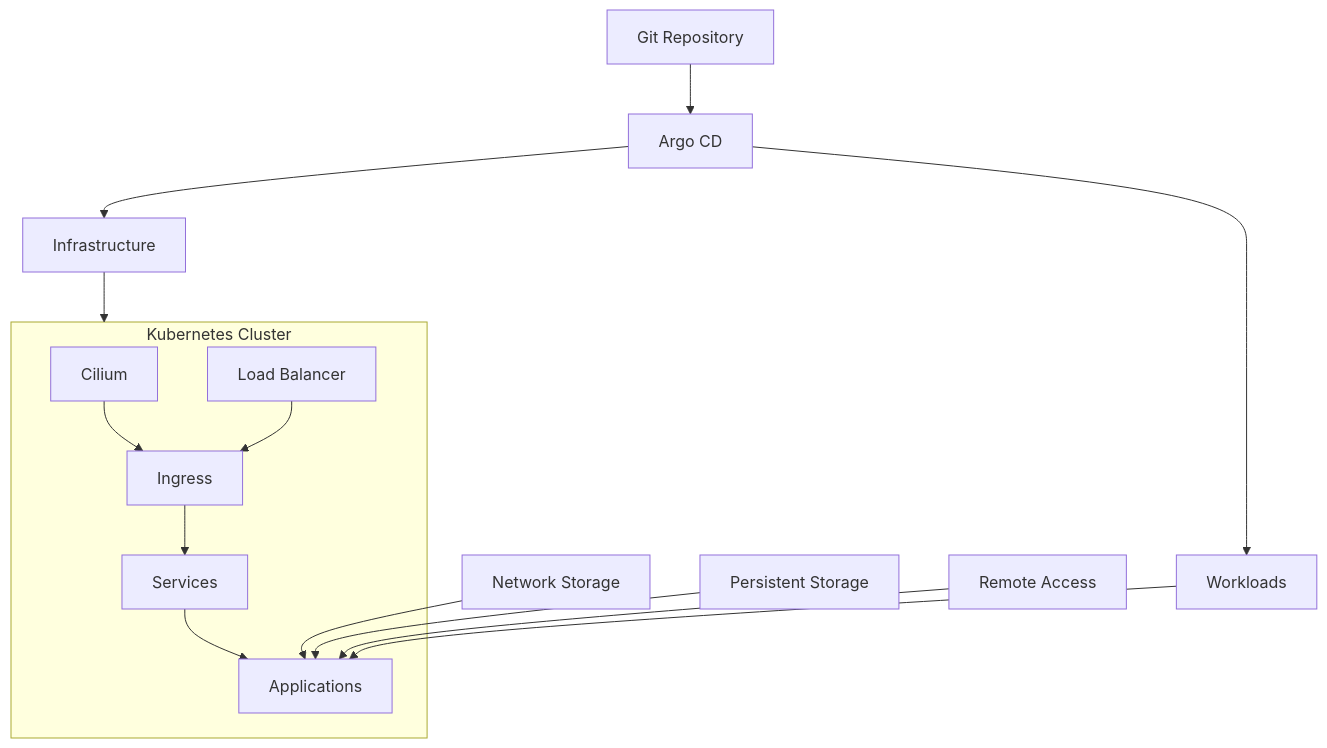
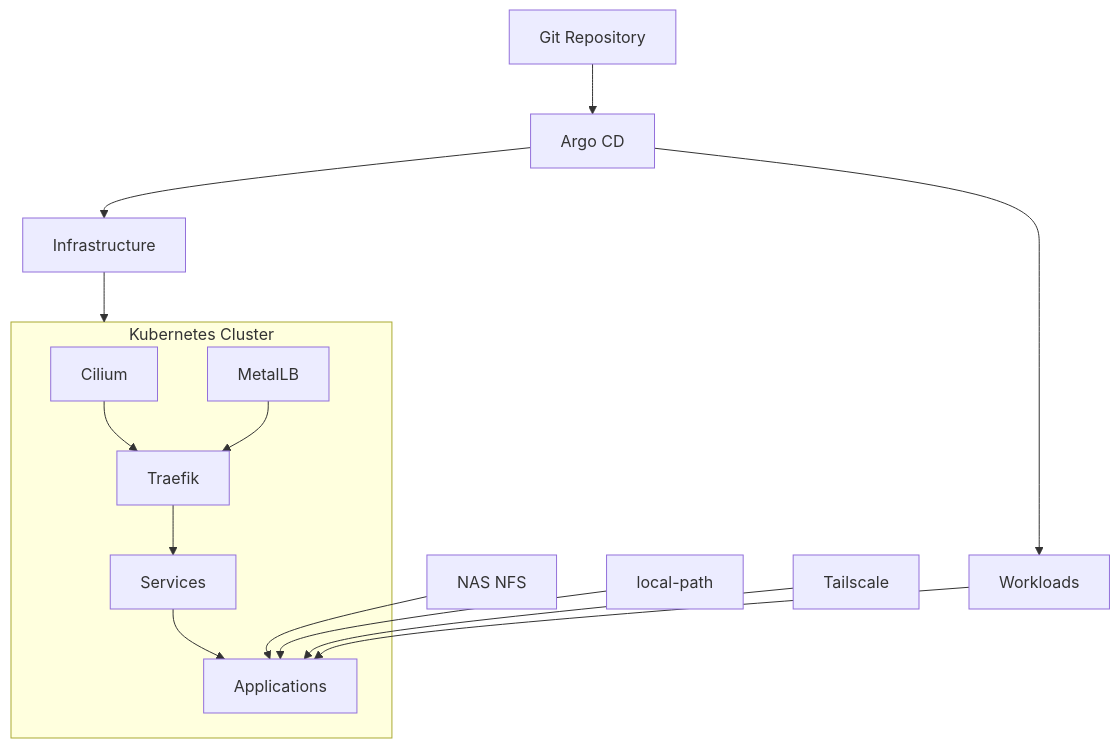
Before and after one commit to shatadru/homelab: the diagram in README.md, drawn with Mermaid. The commit also changed other lines of this file and 60 other files, not shown here.

First line of the commit message:
fix: align GitOps charts, Kind CI, and the rebuild docs

````diff
--- a/README.md
+++ b/README.md
@@ -11,23 +23,23 @@
 ```mermaid
 graph TD
-    G[Git Repository] --> A[Argo CD]
-    A --> I[Infrastructure]
-    A --> W[Workloads]
+  G[Git Repository] --> A[Argo CD]
+  A --> I[Infrastructure]
+  A --> W[Workloads]
 
-    subgraph K[Kubernetes Cluster]
-        C[Cilium]
-        LB[Load Balancer]
-        T[Ingress]
-        S[Services]
-        P[Applications]
-        C --> T
-        LB --> T
-        T --> S --> P
-    end
+  subgraph K[Kubernetes Cluster]
+    C[Cilium]
+    LB[MetalLB]
+    T[Traefik]
+    S[Services]
+    P[Applications]
+    C --> T
+    LB --> T
+    T --> S --> P
+  end
 
-    I --> K
-    W --> P
-    N[Network Storage] --> P
-    D[Persistent Storage] --> P
-    R[Remote Access] --> P
+  I --> K
+  W --> P
+  N[NAS NFS] --> P
+  D[local-path] --> P
+  R[Tailscale] --> P
 ```
````
